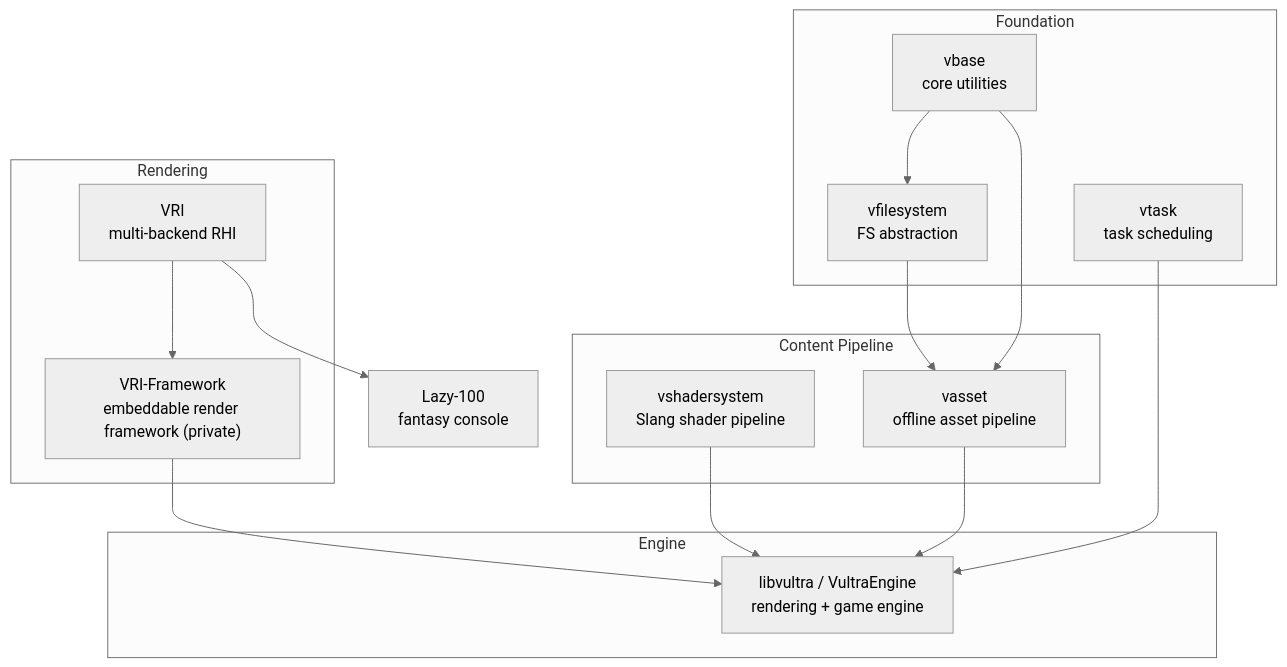
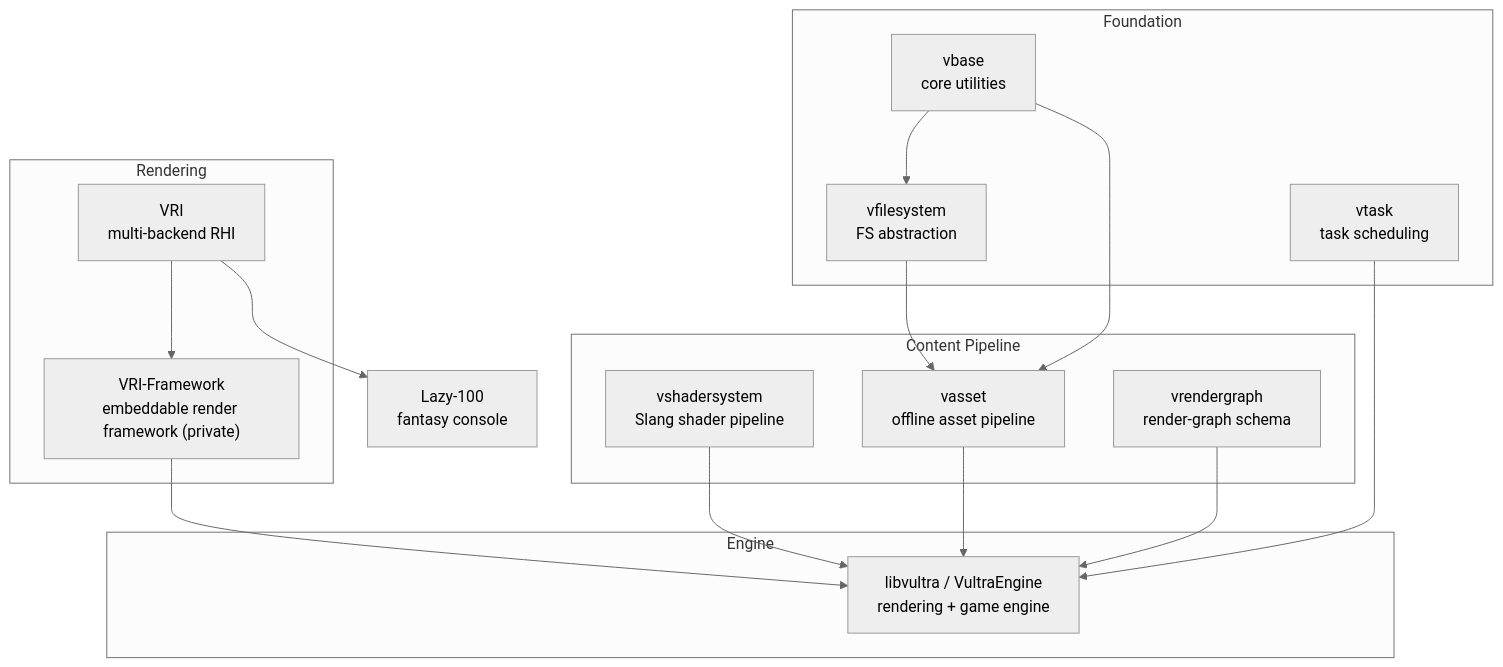
Before and after one commit to zzxzzk115/zzxzzk115.github.io: the diagram in _projects/vultra_ecosystem.md, drawn with Mermaid (neutral theme). The commit also changed other lines of this file and 11 other files, not shown here.

````diff
--- a/_projects/vultra_ecosystem.md
+++ b/_projects/vultra_ecosystem.md
@@ -33,28 +33,30 @@
 ```mermaid
 flowchart TB
     subgraph foundation["Foundation"]
         vbase["vbase<br/>core utilities"]
         vfilesystem["vfilesystem<br/>FS abstraction"]
         vtask["vtask<br/>task scheduling"]
     end
     subgraph content["Content Pipeline"]
         vshadersystem["vshadersystem<br/>Slang shader pipeline"]
         vasset["vasset<br/>offline asset pipeline"]
+        vrendergraph["vrendergraph<br/>render-graph schema"]
     end
     subgraph rendering["Rendering"]
         vri["VRI<br/>multi-backend RHI"]
         vrf["VRI-Framework<br/>embeddable render framework (private)"]
     end
     subgraph engine["Engine"]
         libvultra["libvultra / VultraEngine<br/>rendering + game engine"]
     end
     lazy["Lazy-100<br/>fantasy console"]
 
     vbase --> vfilesystem --> vasset
     vbase --> vasset
     vri --> vrf --> libvultra
     vshadersystem --> libvultra
     vasset --> libvultra
+    vrendergraph --> libvultra
     vtask --> libvultra
     vri --> lazy
 ```
````
